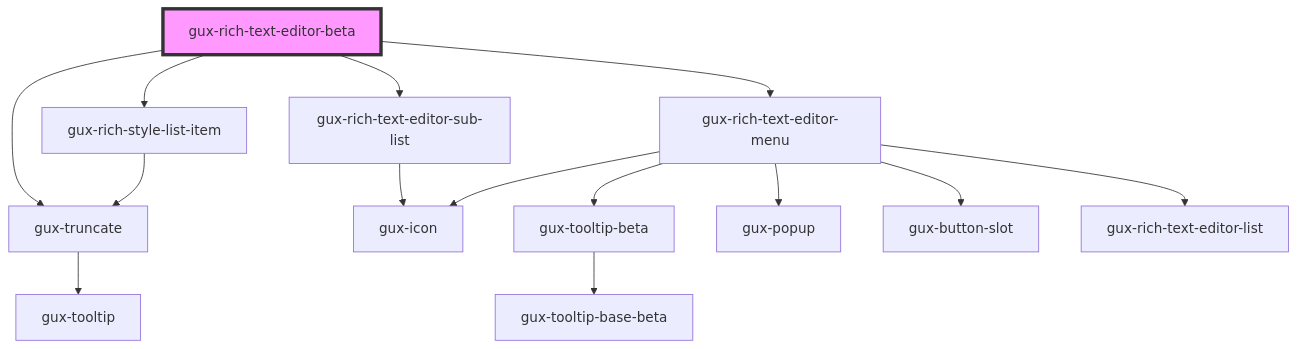
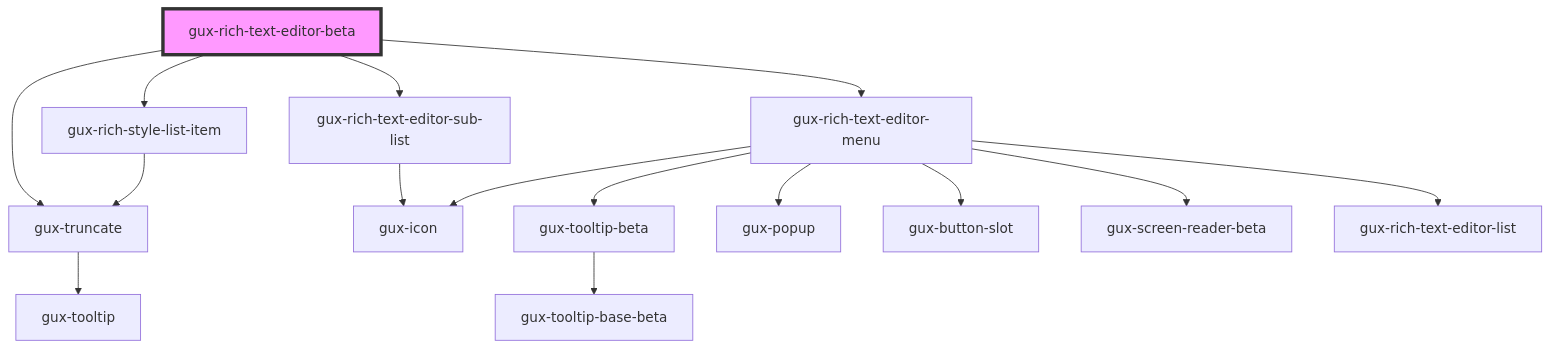
Before and after one commit to MyPureCloud/genesys-spark: the diagram in packages/genesys-spark-components/src/components/beta/gux-rich-text-editor/readme.md, drawn with Mermaid. The commit also changed 18 other files, not shown here.

````diff
--- a/packages/genesys-spark-components/src/components/beta/gux-rich-text-editor/readme.md
+++ b/packages/genesys-spark-components/src/components/beta/gux-rich-text-editor/readme.md
@@ -44,17 +44,18 @@
 ```mermaid
 graph TD;
   gux-rich-text-editor-beta --> gux-rich-style-list-item
   gux-rich-text-editor-beta --> gux-rich-text-editor-sub-list
   gux-rich-text-editor-beta --> gux-truncate
   gux-rich-text-editor-beta --> gux-rich-text-editor-menu
   gux-rich-style-list-item --> gux-truncate
   gux-truncate --> gux-tooltip
   gux-rich-text-editor-sub-list --> gux-icon
   gux-rich-text-editor-menu --> gux-tooltip-beta
   gux-rich-text-editor-menu --> gux-popup
   gux-rich-text-editor-menu --> gux-button-slot
   gux-rich-text-editor-menu --> gux-icon
+  gux-rich-text-editor-menu --> gux-screen-reader-beta
   gux-rich-text-editor-menu --> gux-rich-text-editor-list
   gux-tooltip-beta --> gux-tooltip-base-beta
   style gux-rich-text-editor-beta fill:#f9f,stroke:#333,stroke-width:4px
 ```
````
